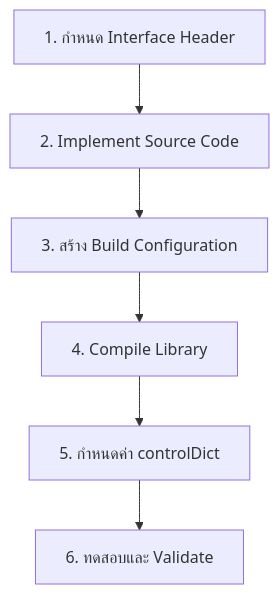
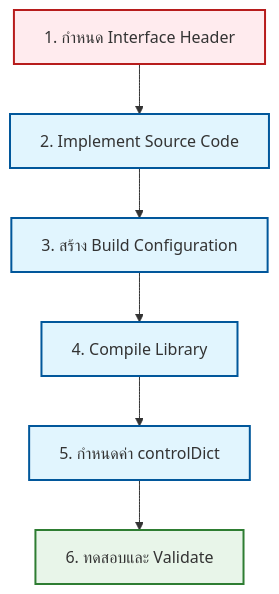
Before and after one commit to wramet/build-my-cfd: the first of 2 diagrams in MODULE_09_ADVANCED_TOPICS/CONTENT/06_ARCHITECTURE_EXTENSIBILITY/07_Practical_Exercise.md, drawn with Mermaid. The commit also changed other lines of this file and 313 other files, not shown here.

Commit message:
Revise all diagram

````diff
--- a/MODULE_09_ADVANCED_TOPICS/CONTENT/06_ARCHITECTURE_EXTENSIBILITY/07_Practical_Exercise.md
+++ b/MODULE_09_ADVANCED_TOPICS/CONTENT/06_ARCHITECTURE_EXTENSIBILITY/07_Practical_Exercise.md
@@ -12,8 +12,11 @@
 ```mermaid
 graph TD
-    A[1. กำหนด Interface Header] --> B[2. Implement Source Code]
-    B --> C[3. สร้าง Build Configuration]
-    C --> D[4. Compile Library]
-    D --> E[5. กำหนดค่า controlDict]
-    E --> F[6. ทดสอบและ Validate]
+classDef implicit fill:#e1f5fe,stroke:#01579b,stroke-width:2px
+classDef explicit fill:#ffebee,stroke:#b71c1c,stroke-width:2px
+classDef success fill:#e8f5e9,stroke:#2e7d32,stroke-width:2px
+A[1. กำหนด Interface Header]:::explicit --> B[2. Implement Source Code]:::implicit
+B --> C[3. สร้าง Build Configuration]:::implicit
+C --> D[4. Compile Library]:::implicit
+D --> E[5. กำหนดค่า controlDict]:::implicit
+E --> F[6. ทดสอบและ Validate]:::success
 ```
````
